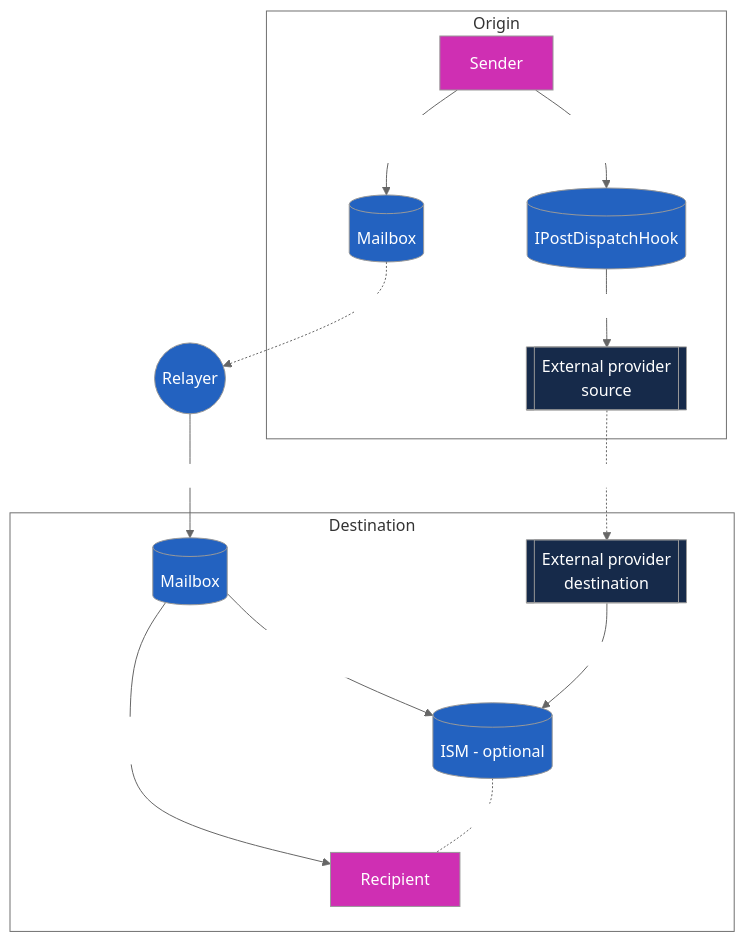
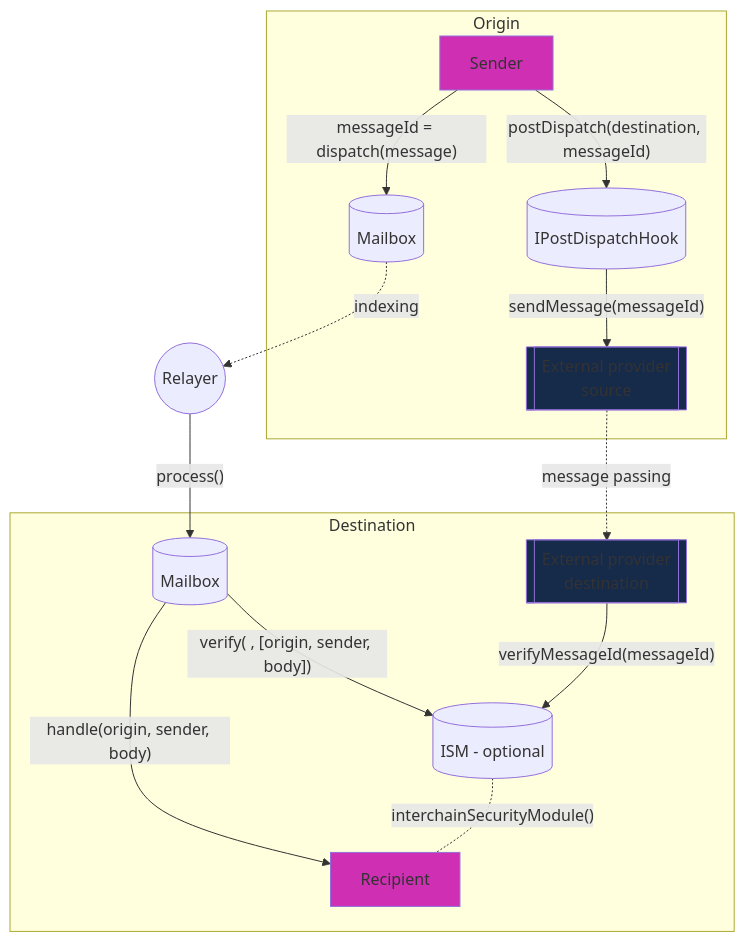
The diagram in docs/reference/hooks/overview.mdx (hyperlane-xyz/v3-docs), drawn with Mermaid before and after one commit. The commit also changed 3 other files, not shown here.

Commit message:
Update mermaid styling

````diff
--- a/docs/reference/hooks/overview.mdx
+++ b/docs/reference/hooks/overview.mdx
@@ -14,52 +14,41 @@
 ```mermaid
-%%{ init: {
-  "theme": "neutral",
-  "themeVariables": {
-    "mainBkg": "#2362c0",
-    "textColor": "white",
-    "clusterBkg": "white"
-  },
-  "themeCSS": ".edgeLabel { color: black }",
-  "flowchart": {"useMaxWidth": "true" }
-}}%%
-
 flowchart TB
     Relayer((Relayer))
 
     subgraph Origin
       Sender
       M_O[(Mailbox)]
       Hook[(IPostDispatchHook)]
       E_O[[External provider\n source]]
 
       Sender -- "messageId = dispatch(message)" --> M_O
       Sender -- "postDispatch(destination, messageId)" --> Hook
       Hook -- "sendMessage(messageId)" --> E_O
     end
 
 
     M_O -. "indexing" .-> Relayer
     E_O -. "message passing" .-> E_D
 
 
     subgraph Destination
       Recipient
       M_D[(Mailbox)]
       ISM[(ISM - optional)]
       E_D[[External provider\n destination]]
 
       M_D -- "verify( , [origin, sender, body])" --> ISM
       M_D -- "handle(origin, sender, body)" --> Recipient
       ISM -. "interchainSecurityModule()" .- Recipient
 
       E_D -- "verifyMessageId(messageId)" --> ISM
     end
 
     Relayer -- "process()" --> M_D
 
     style Sender fill: #cf2fb3
     style Recipient fill:#cf2fb3
     style E_O fill: #162a4a
     style E_D fill: #162a4a
 
 ```
````
